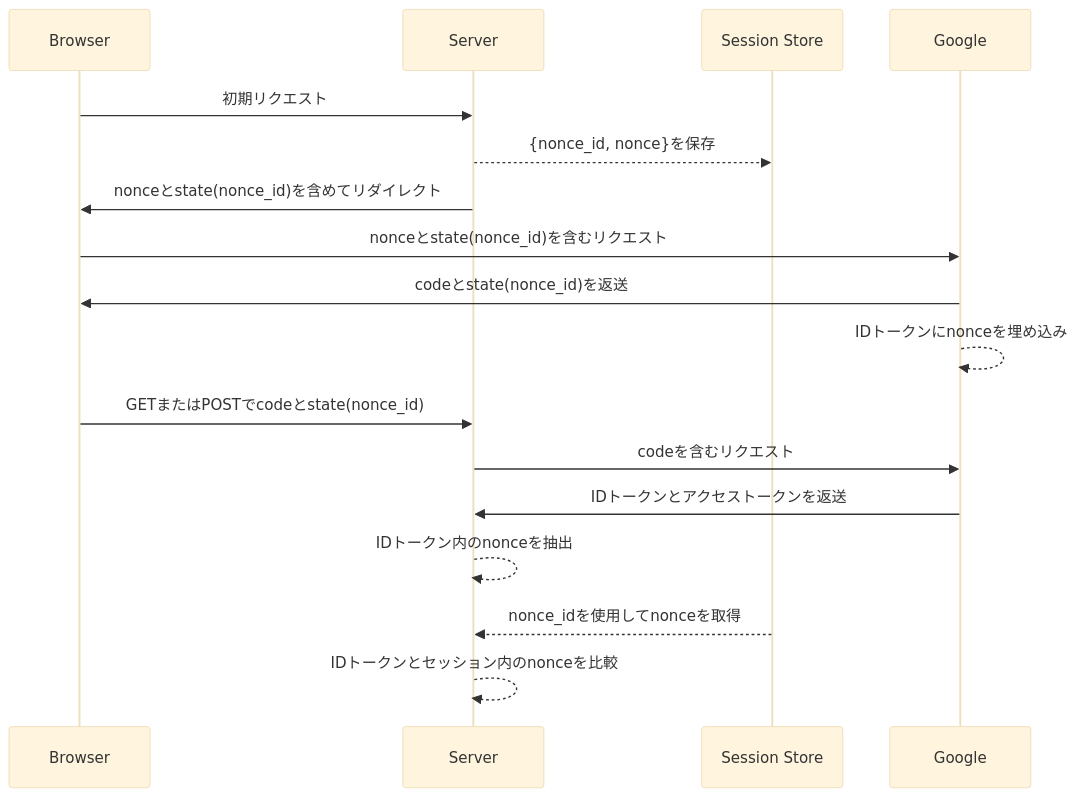
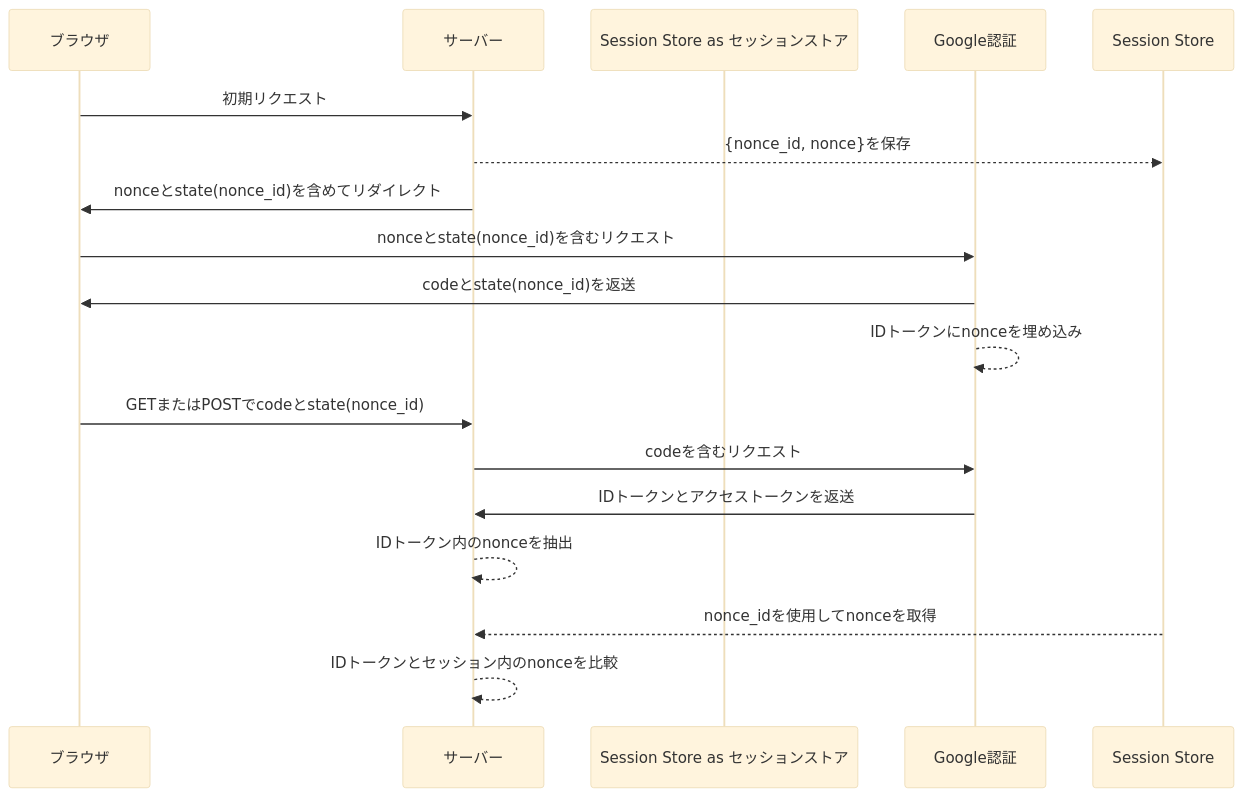
One commit to ktaka-ccmp/ktaka.blog.ccmp.jp changed the second of 3 diagrams in 2024/Axum-Google-OAuth2-Login/Readme.jp.md. Above: the diagram before and after it, drawn with Mermaid (base theme). The commit also changed other lines of this file, not shown here.

````diff
--- a/2024/Axum-Google-OAuth2-Login/Readme.jp.md
+++ b/2024/Axum-Google-OAuth2-Login/Readme.jp.md
@@ -341,20 +314,20 @@
 ```mermaid
 sequenceDiagram
-    participant Browser
-    participant Server
-    participant Session Store
-    participant Google
+    participant Browser as ブラウザ
+    participant Server as サーバー
+    participant Session Store as セッションストア
+    participant Google as Google認証
 
     Browser->>Server: 初期リクエスト
     Server-->>Session Store: {nonce_id, nonce}を保存
     Server->>Browser: nonceとstate(nonce_id)を含めてリダイレクト
     Browser->>Google: nonceとstate(nonce_id)を含むリクエスト
     Google->>Browser: codeとstate(nonce_id)を返送
     Google-->>Google: IDトークンにnonceを埋め込み
     Browser->>Server: GETまたはPOSTでcodeとstate(nonce_id)
     Server->>Google: codeを含むリクエスト
     Google->>Server: IDトークンとアクセストークンを返送
     Server-->>Server: IDトークン内のnonceを抽出
     Session Store-->>Server: nonce_idを使用してnonceを取得
     Server-->>Server: IDトークンとセッション内のnonceを比較
 ```
````
